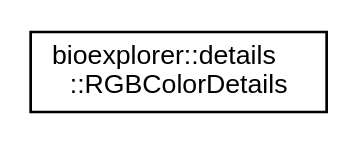
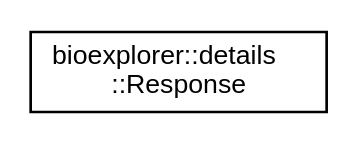
The diagram in docs/inherit_graph_48.dot (BlueBrain/BioExplorer), drawn with Graphviz before and after one commit. The commit also changed 256 other files, not shown here.

```diff
--- a/docs/inherit_graph_48.dot
+++ b/docs/inherit_graph_48.dot
@@ -1,8 +1,8 @@
 digraph "Graphical Class Hierarchy"
 {
  // LATEX_PDF_SIZE
   edge [fontname="Helvetica",fontsize="10",labelfontname="Helvetica",labelfontsize="10"];
   node [fontname="Helvetica",fontsize="10",shape=record];
   rankdir="LR";
-  Node0 [label="bioexplorer::details\l::RGBColorDetails",height=0.2,width=0.4,color="black", fillcolor="white", style="filled",URL="$df/dc7/structbioexplorer_1_1details_1_1RGBColorDetails.html",tooltip="Structure defining the RGB color of atoms according to the JMol Scheme."];
+  Node0 [label="bioexplorer::details\l::Response",height=0.2,width=0.4,color="black", fillcolor="white", style="filled",URL="$d6/d45/structbioexplorer_1_1details_1_1Response.html",tooltip="Structure defining the entry point response of the remote API."];
 }
```
